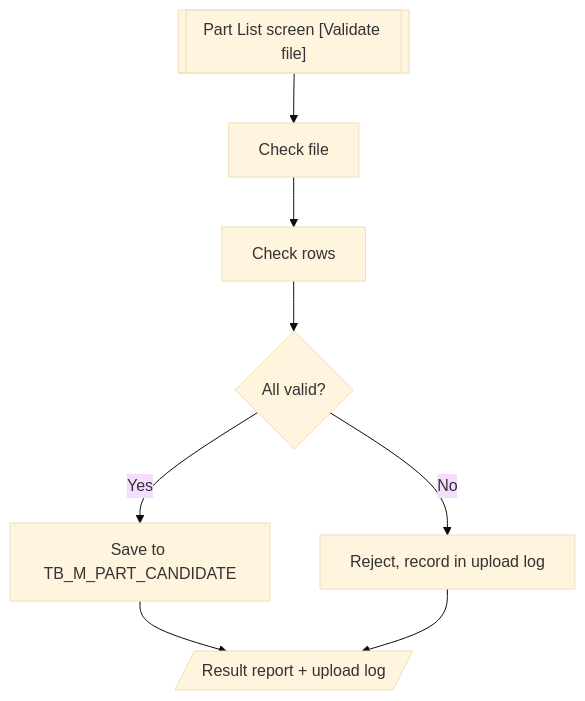
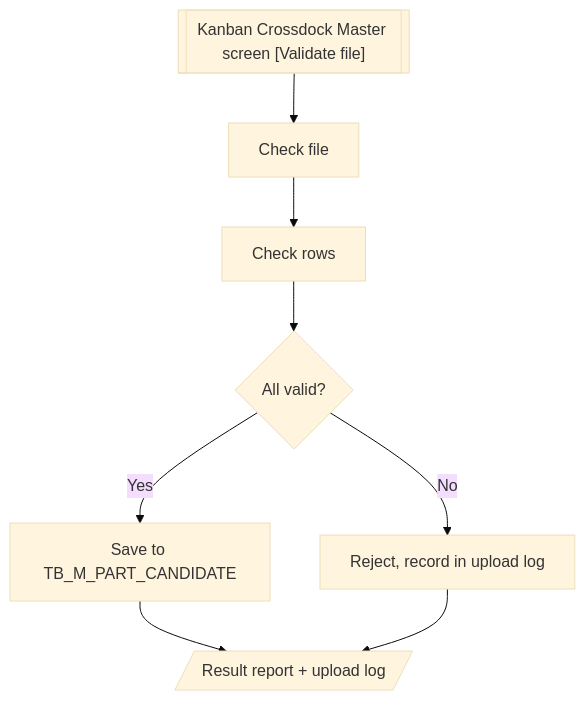
One commit to ivanrayhannn/crossdockpoc changed the first of 2 diagrams in prepare_code/uiss/XD02_Batch_CrossDockPartMasterUpload.md. Above: the diagram before and after it, drawn with Mermaid (base theme). The commit also changed other lines of this file and 92 other files, not shown here.

First line of the commit message:
Crossdock Master names (Kanban / Export Crossdock Master), period on the Kanban Crossdock Master, Order Type per destination row

````diff
--- a/prepare_code/uiss/XD02_Batch_CrossDockPartMasterUpload.md
+++ b/prepare_code/uiss/XD02_Batch_CrossDockPartMasterUpload.md
@@ -26,17 +27,17 @@
 ```mermaid
 flowchart TB
-  a[["Part List screen [Validate file]"]]
+  a[["Kanban Crossdock Master screen [Validate file]"]]
   b["Check file"]
   c["Check rows"]
   d{"All valid?"}
   e["Save to TB_M_PART_CANDIDATE"]
   f["Reject, record in upload log"]
   g[/"Result report + upload log"/]
   a --> b
   b --> c
   c --> d
   d -->|Yes| e
   d -->|No| f
   e --> g
   f --> g
 ```
````
